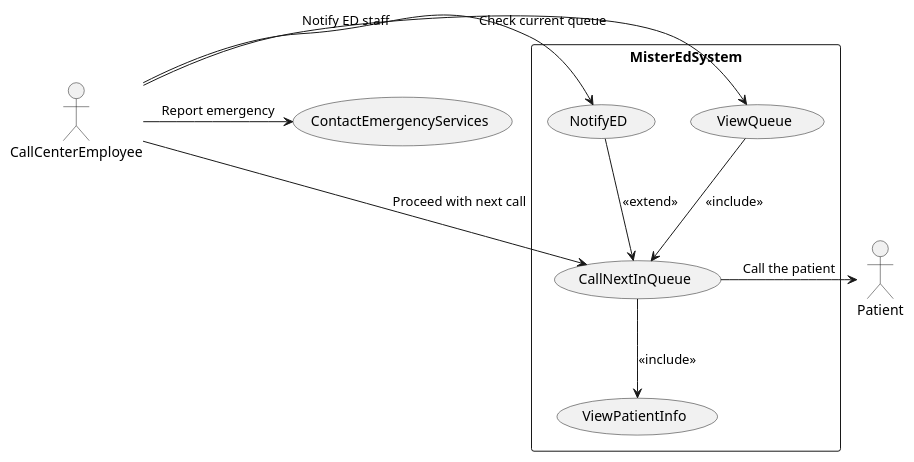
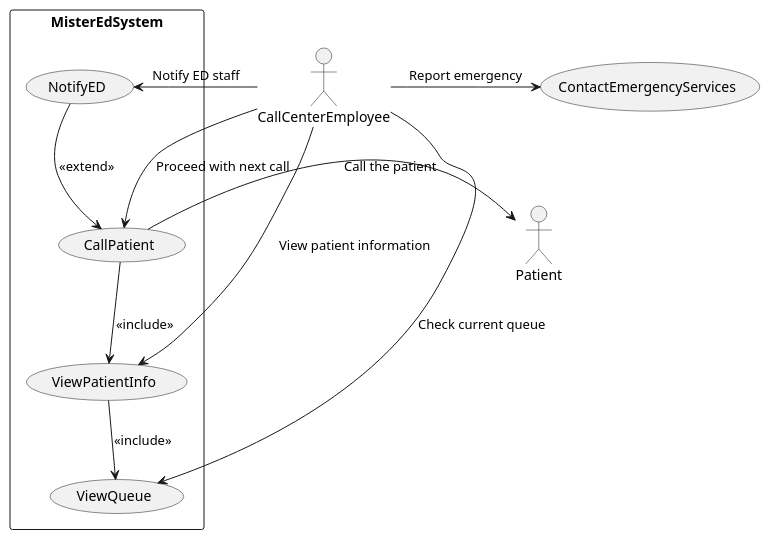
One commit to SENG-350-2024-fall/Team7 changed the diagram in CallCenter_UCD_CODE.puml. Above: the diagram before and after it, drawn with PlantUML. The commit also changed 2 other files, not shown here.

```diff
--- a/CallCenter_UCD_CODE.puml
+++ b/CallCenter_UCD_CODE.puml
@@ -1,29 +1,31 @@
 @startuml
 actor CallCenterEmployee
 actor Patient
 
 rectangle MisterEdSystem {
 
     usecase ViewQueue
-    usecase CallNextInQueue
+    usecase CallPatient
     usecase ViewPatientInfo
     usecase NotifyED
 
 }
 
 usecase ContactEmergencyServices
 
 
 CallCenterEmployee -> ViewQueue : "Check current queue"
-CallCenterEmployee -> CallNextInQueue : "Proceed with next call"
+CallCenterEmployee -> ViewPatientInfo: "View patient information"
+CallCenterEmployee -> CallPatient : "Proceed with next call"
 CallCenterEmployee -> NotifyED : "Notify ED staff"
 
 CallCenterEmployee -> ContactEmergencyServices : "Report emergency"
 
-ViewQueue --> CallNextInQueue : <<include>>
-CallNextInQueue --> ViewPatientInfo : <<include>>
-NotifyED --> CallNextInQueue : <<extend>>
 
-CallNextInQueue -> Patient: Call the patient
+ViewPatientInfo --> ViewQueue : <<include>>
+CallPatient --> ViewPatientInfo: <<include>>
+NotifyED --> CallPatient : <<extend>>
+
+CallPatient -> Patient: Call the patient
 
 @enduml
```
